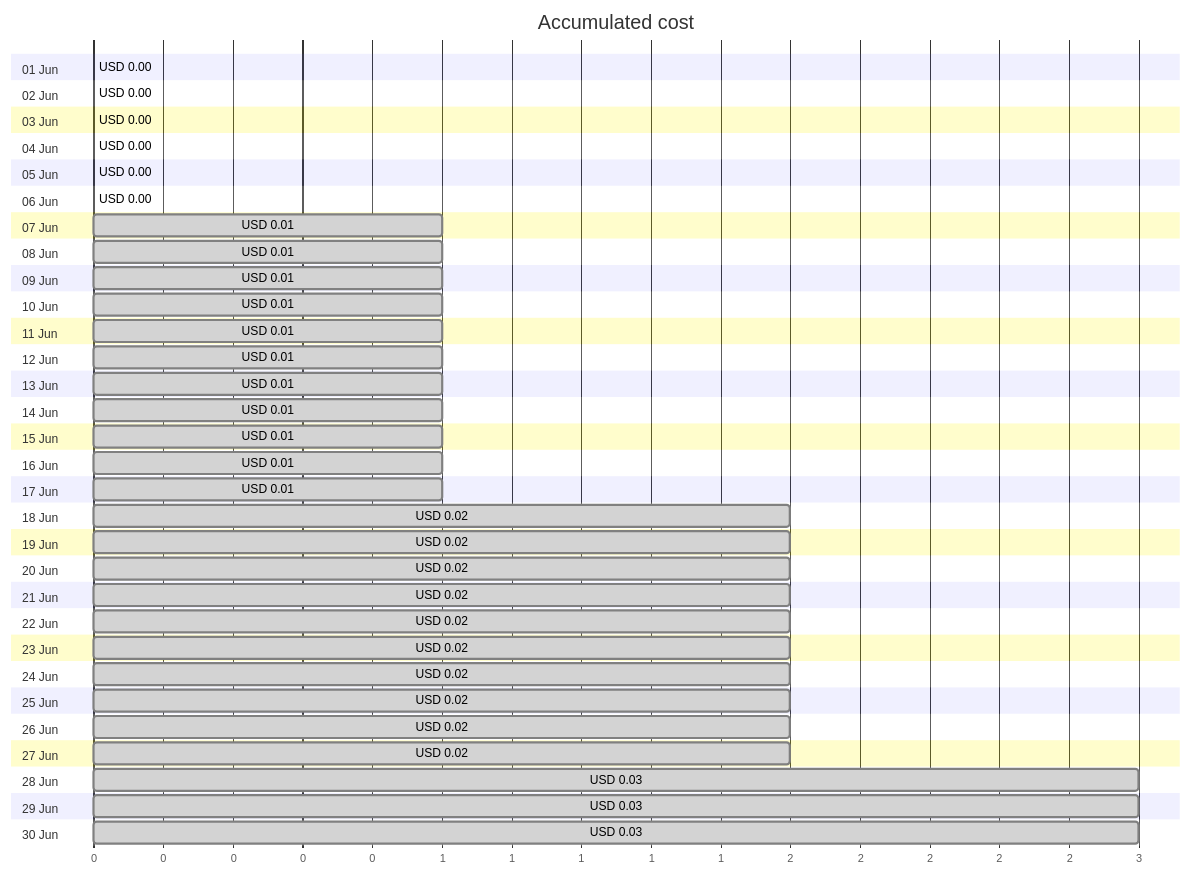
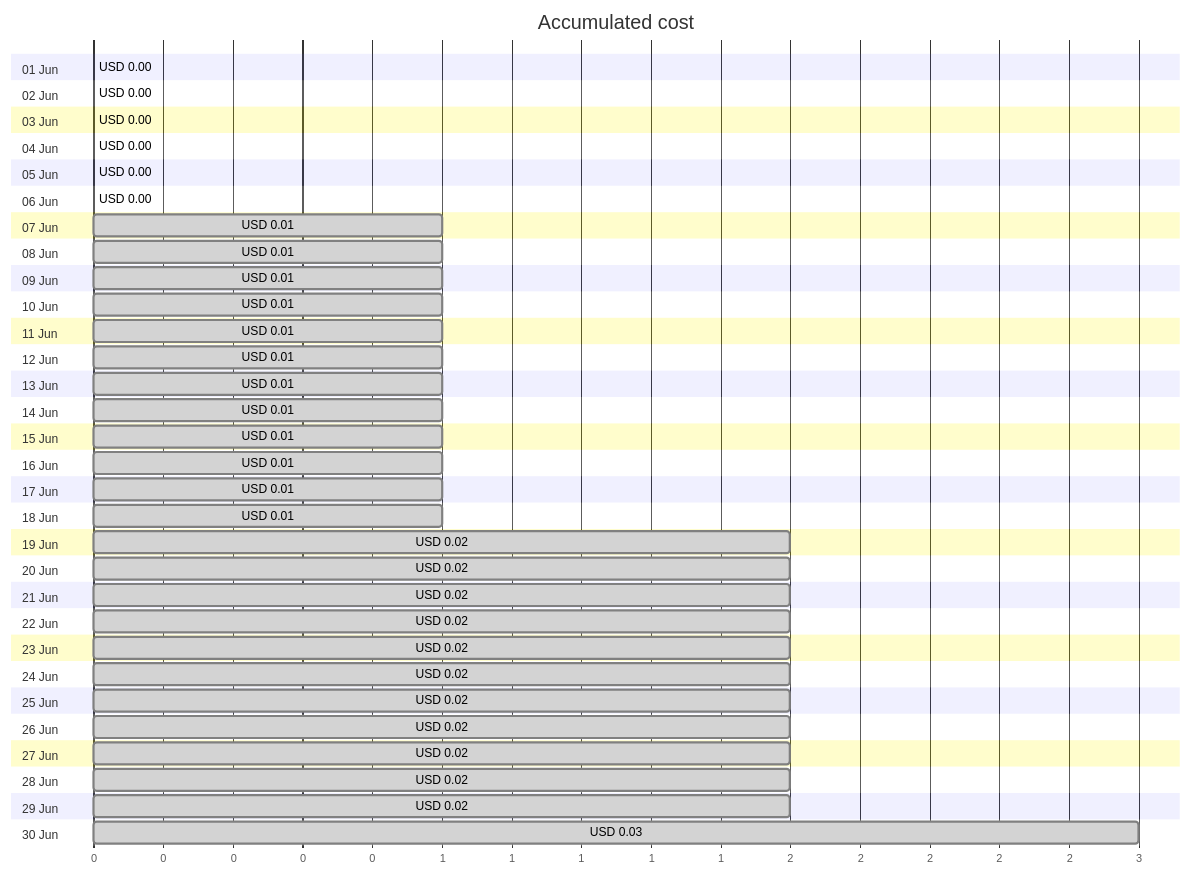
Before and after one commit to jpfulton/azure-personal-reports: the first of 4 diagrams in cost-reports/personal-site/personalsiteapistorage.md, drawn with Mermaid. The commit also changed other lines of this file and 6 other files, not shown here.

````diff
--- a/cost-reports/personal-site/personalsiteapistorage.md
+++ b/cost-reports/personal-site/personalsiteapistorage.md
@@ -20,66 +20,66 @@
 ```mermaid
 gantt
    title Accumulated cost
    dateFormat  X
    axisFormat %s
    section 01 Jun
    USD 0.00 :0, 0
    section 02 Jun
    USD 0.00 :0, 0
    section 03 Jun
    USD 0.00 :0, 0
    section 04 Jun
    USD 0.00 :0, 0
    section 05 Jun
    USD 0.00 :0, 0
    section 06 Jun
-   USD 0.00 : done, 0, 0
+   USD 0.00 :0, 0
    section 07 Jun
    USD 0.01 : done, 0, 1
    section 08 Jun
    USD 0.01 : done, 0, 1
    section 09 Jun
    USD 0.01 : done, 0, 1
    section 10 Jun
    USD 0.01 : done, 0, 1
    section 11 Jun
    USD 0.01 : done, 0, 1
    section 12 Jun
    USD 0.01 : done, 0, 1
    section 13 Jun
    USD 0.01 : done, 0, 1
    section 14 Jun
    USD 0.01 : done, 0, 1
    section 15 Jun
    USD 0.01 : done, 0, 1
    section 16 Jun
    USD 0.01 : done, 0, 1
    section 17 Jun
    USD 0.01 : done, 0, 1
    section 18 Jun
-   USD 0.02 : done, 0, 2
+   USD 0.01 : done, 0, 1
    section 19 Jun
    USD 0.02 : done, 0, 2
    section 20 Jun
    USD 0.02 : done, 0, 2
    section 21 Jun
    USD 0.02 : done, 0, 2
    section 22 Jun
    USD 0.02 : done, 0, 2
    section 23 Jun
    USD 0.02 : done, 0, 2
    section 24 Jun
    USD 0.02 : done, 0, 2
    section 25 Jun
    USD 0.02 : done, 0, 2
    section 26 Jun
    USD 0.02 : done, 0, 2
    section 27 Jun
    USD 0.02 : done, 0, 2
    section 28 Jun
-   USD 0.03 : done, 0, 3
+   USD 0.02 : done, 0, 2
    section 29 Jun
-   USD 0.03 : done, 0, 3
+   USD 0.02 : done, 0, 2
    section 30 Jun
    USD 0.03 : done, 0, 3
 ```
````
